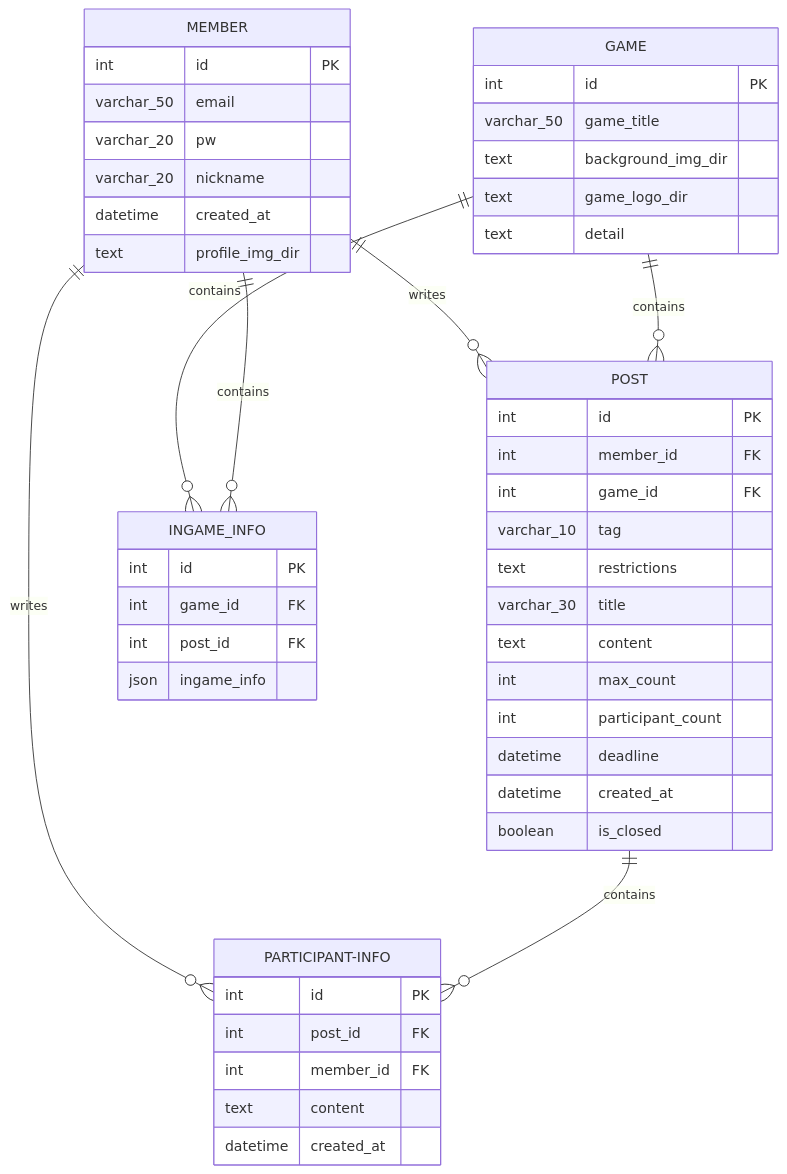
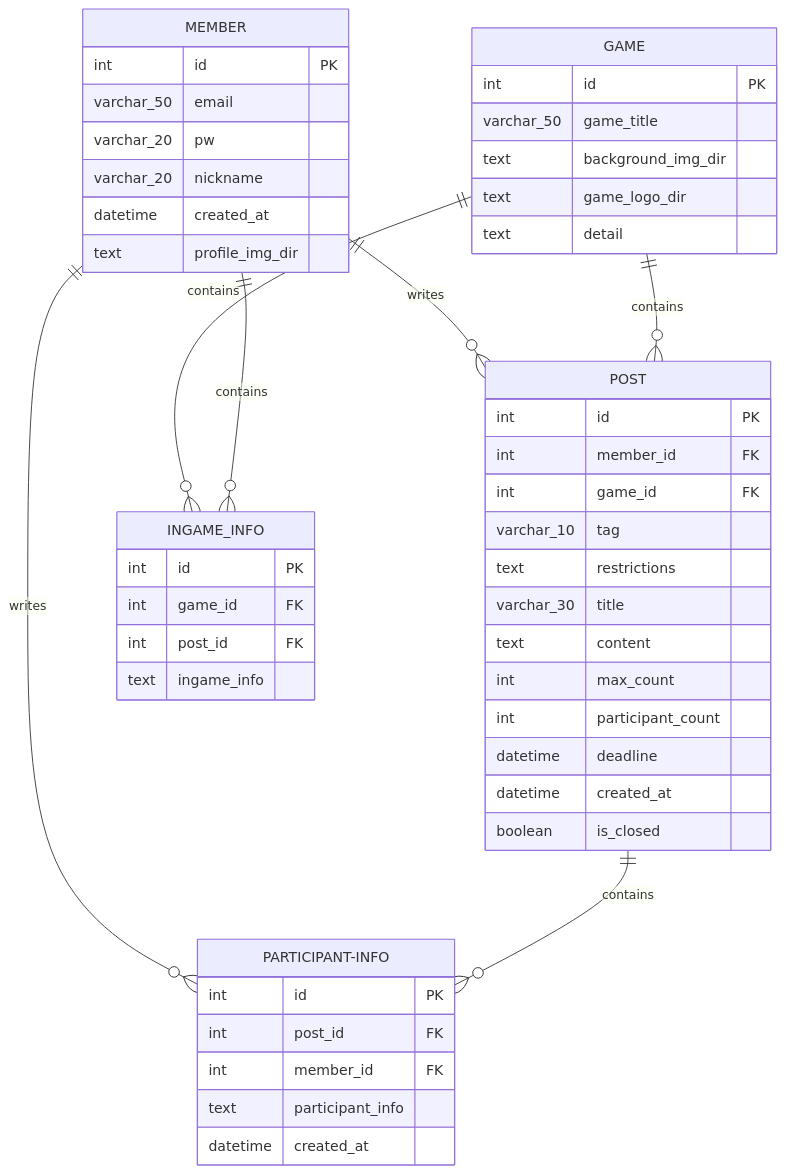
Before and after one commit to ByungChanP/4I-s---Propject: the diagram in docs/02_design/02_erd.md, drawn with Mermaid. The commit also changed other lines of this file and 1 other file, not shown here.

Commit message:
01_proposal,ERD 수정

````diff
--- a/docs/02_design/02_erd.md
+++ b/docs/02_design/02_erd.md
@@ -13,58 +13,60 @@
 ```mermaid
 erDiagram
     MEMBER ||--o{ POST : writes
     MEMBER ||--o{ PARTICIPANT-INFO : writes
     POST ||--o{ PARTICIPANT-INFO : contains
     GAME ||--o{ POST : contains
     GAME ||--o{ INGAME_INFO : contains
     MEMBER ||--o{ INGAME_INFO : contains
 
     MEMBER {
         int id PK
         varchar_50 email
         varchar_20 pw
         varchar_20 nickname
         datetime created_at
         text profile_img_dir
     }
 
     POST {
         int id PK
         int member_id FK
         int game_id FK
         varchar_10 tag
         text restrictions
         varchar_30 title
         text content
         int max_count
         int participant_count
         datetime deadline
         datetime created_at
         boolean is_closed
         
     }
 
     PARTICIPANT-INFO {
         int id PK
         int post_id FK
         int member_id FK
-        text content
+        text participant_info
         datetime created_at
     }
 
     GAME {
         int id PK
         varchar_50 game_title
         text background_img_dir
         text game_logo_dir
         text detail  
     }
 
     INGAME_INFO{
         int id PK
         int game_id FK
         int post_id FK
-        json ingame_info
+        text ingame_info
     }
+    
+    
 
 ```
````
